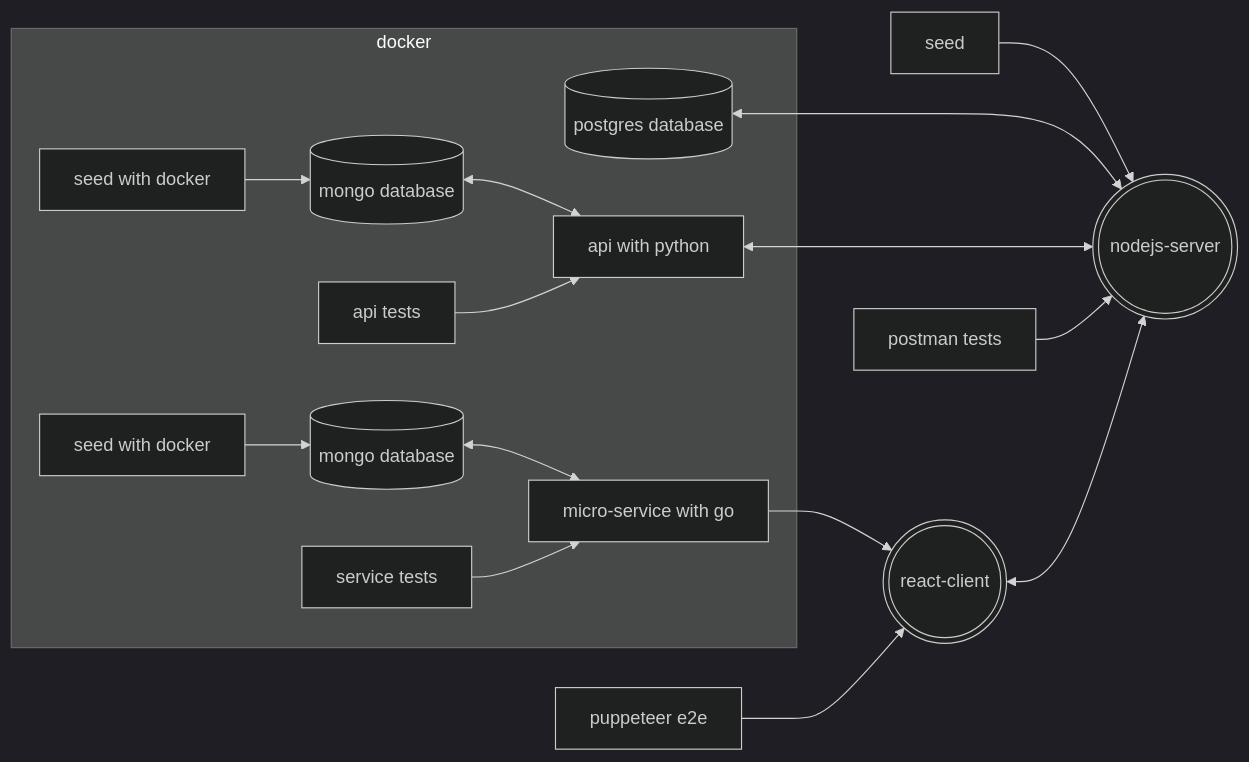
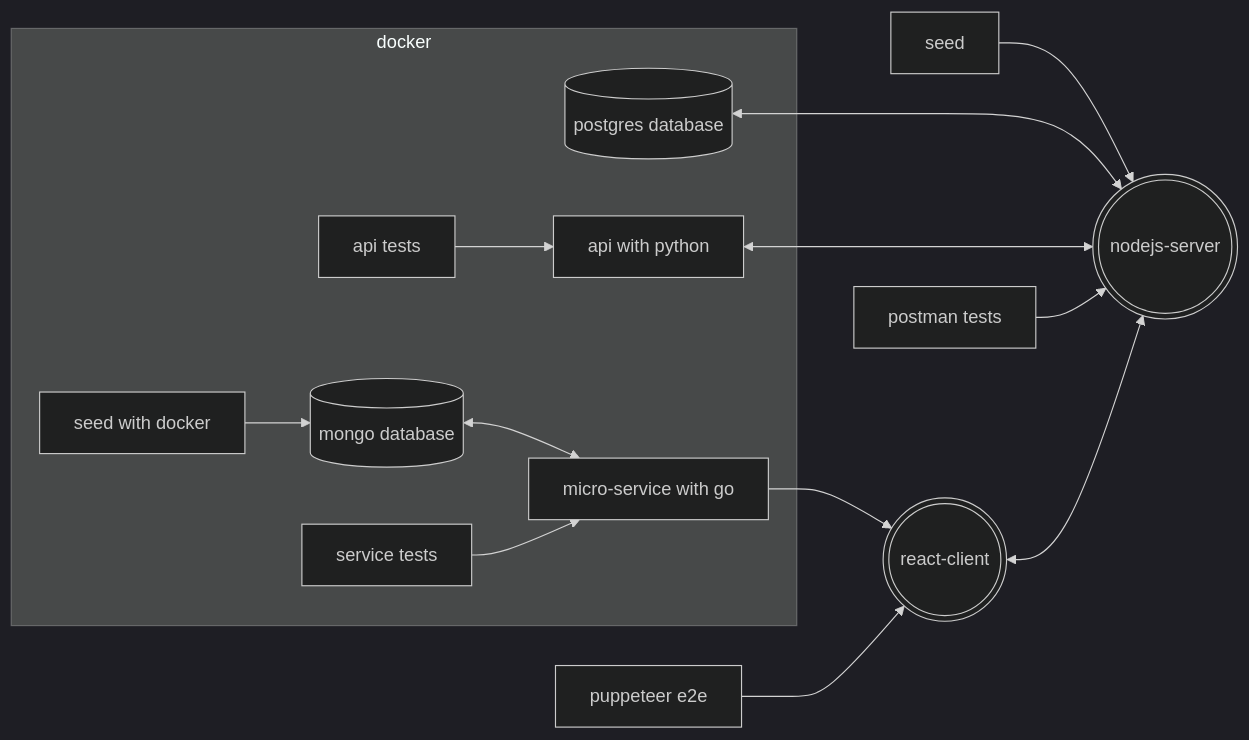
Before and after one commit to willemverbuyst/toto-game: the diagram in README.md, drawn with Mermaid (dark theme).

Commit message:
docs: update diagram

````diff
--- a/README.md
+++ b/README.md
@@ -9,36 +9,32 @@
 ```mermaid
 flowchart LR
   A[seed]
   B[(postgres database)]
   C(((nodejs-server)))
   D(((react-client)))
   E[puppeteer e2e]
   F[api with python]
   G[postman tests]
   H[micro-service with go]
   I[(mongo database)]
-  II[(mongo database)]
   J[seed with docker]
-  JJ[seed with docker]
   K[api tests]
   L[service tests]
   subgraph docker
   B
   F
   J
   I
   J-->I
   I<-->H
-  JJ-->II
-  II<-->F
   K-->F
   L-->H
   end
   A-->C
   B<-->C
   F<-->C
   G-->C
   H-->D
   E-->D
   D<-->C
 ```
````
